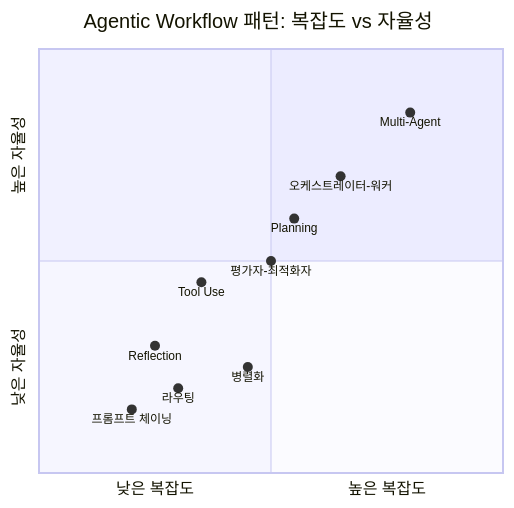
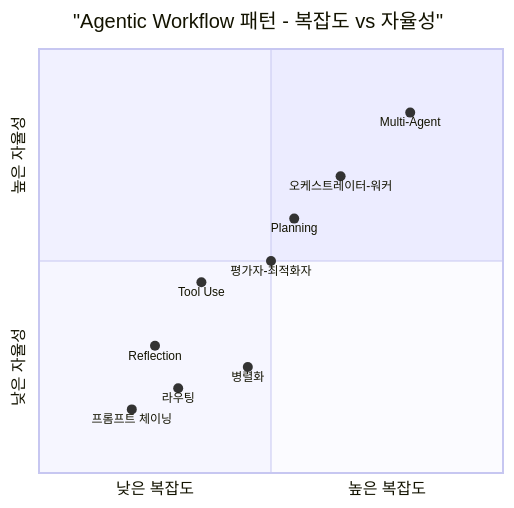
The second of 2 diagrams in docs/agentic-workflow/README.md (kimchanhyung98/agentic-workflows), drawn with Mermaid before and after one commit. The commit also changed 5 other files, not shown here.

````diff
--- a/docs/agentic-workflow/README.md
+++ b/docs/agentic-workflow/README.md
@@ -45,15 +45,15 @@
 ```mermaid
 quadrantChart
-    title Agentic Workflow 패턴: 복잡도 vs 자율성
-    x-axis 낮은 복잡도 --> 높은 복잡도
-    y-axis 낮은 자율성 --> 높은 자율성
+    title "Agentic Workflow 패턴 - 복잡도 vs 자율성"
+    x-axis "낮은 복잡도" --> "높은 복잡도"
+    y-axis "낮은 자율성" --> "높은 자율성"
     Reflection: [0.25, 0.3]
     Tool Use: [0.35, 0.45]
     Planning: [0.55, 0.6]
     Multi-Agent: [0.8, 0.85]
-    프롬프트 체이닝: [0.2, 0.15]
-    라우팅: [0.3, 0.2]
-    병렬화: [0.45, 0.25]
-    오케스트레이터-워커: [0.65, 0.7]
-    평가자-최적화자: [0.5, 0.5]
+    "프롬프트 체이닝": [0.2, 0.15]
+    "라우팅": [0.3, 0.2]
+    "병렬화": [0.45, 0.25]
+    "오케스트레이터-워커": [0.65, 0.7]
+    "평가자-최적화자": [0.5, 0.5]
 ```
````
